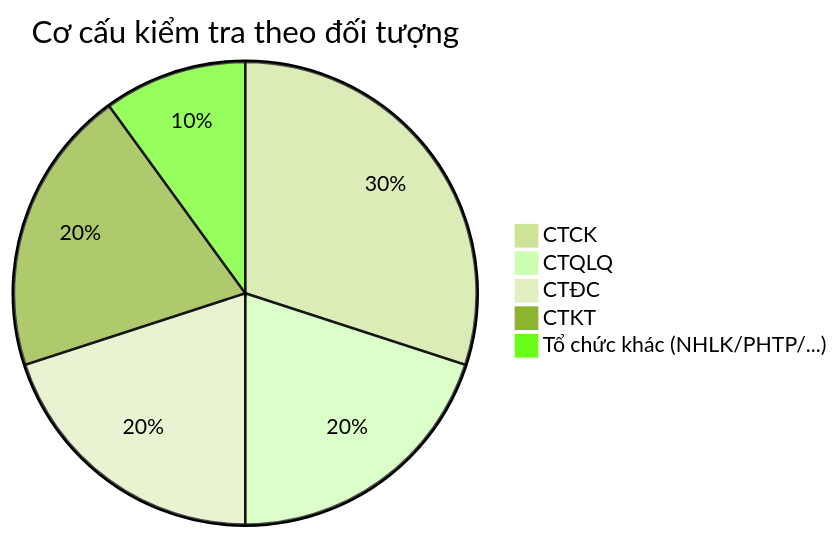
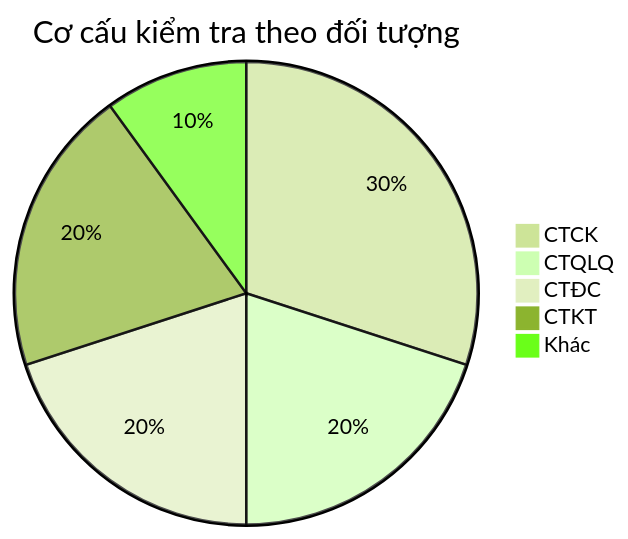
Before and after one commit to linhlvit/ubck_atomic_design: diagram 32 of 54 in Datamart/hld/DTM_TT_HLD.md, drawn with Mermaid (forest theme). The commit also changed other lines of this file and 10 other files, not shown here.

````diff
--- a/Datamart/hld/DTM_TT_HLD.md
+++ b/Datamart/hld/DTM_TT_HLD.md
@@ -1193,8 +1239,8 @@
 ```mermaid
 pie title Cơ cấu kiểm tra theo đối tượng
     "CTCK" : 30
     "CTQLQ" : 20
     "CTĐC" : 20
     "CTKT" : 20
-    "Tổ chức khác (NHLK/PHTP/...)" : 10
+    "Khác" : 10
 ```
````
